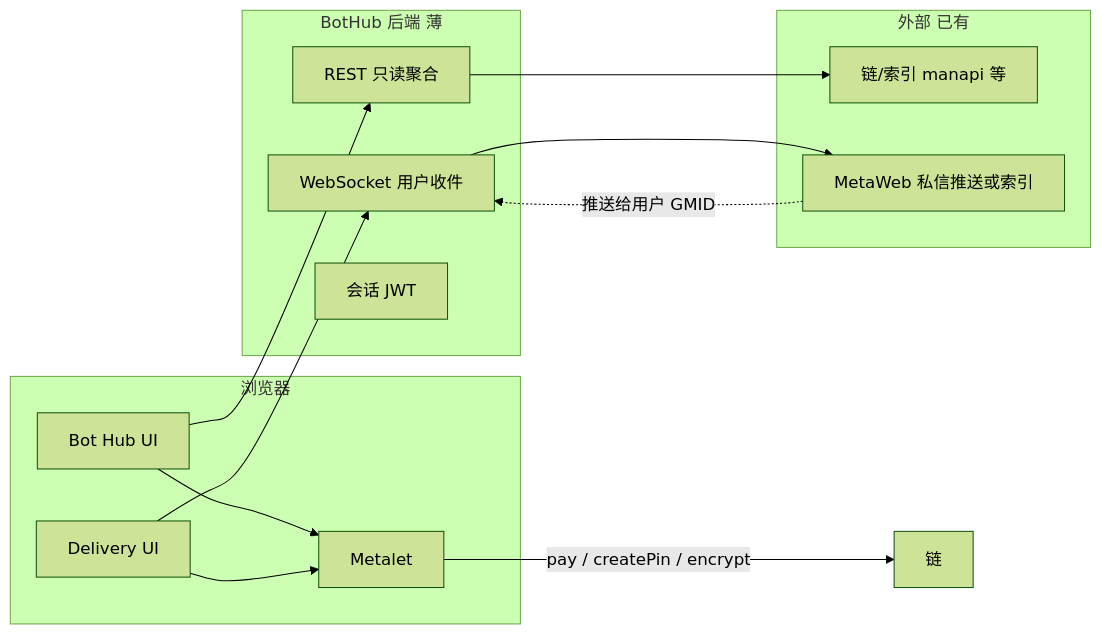
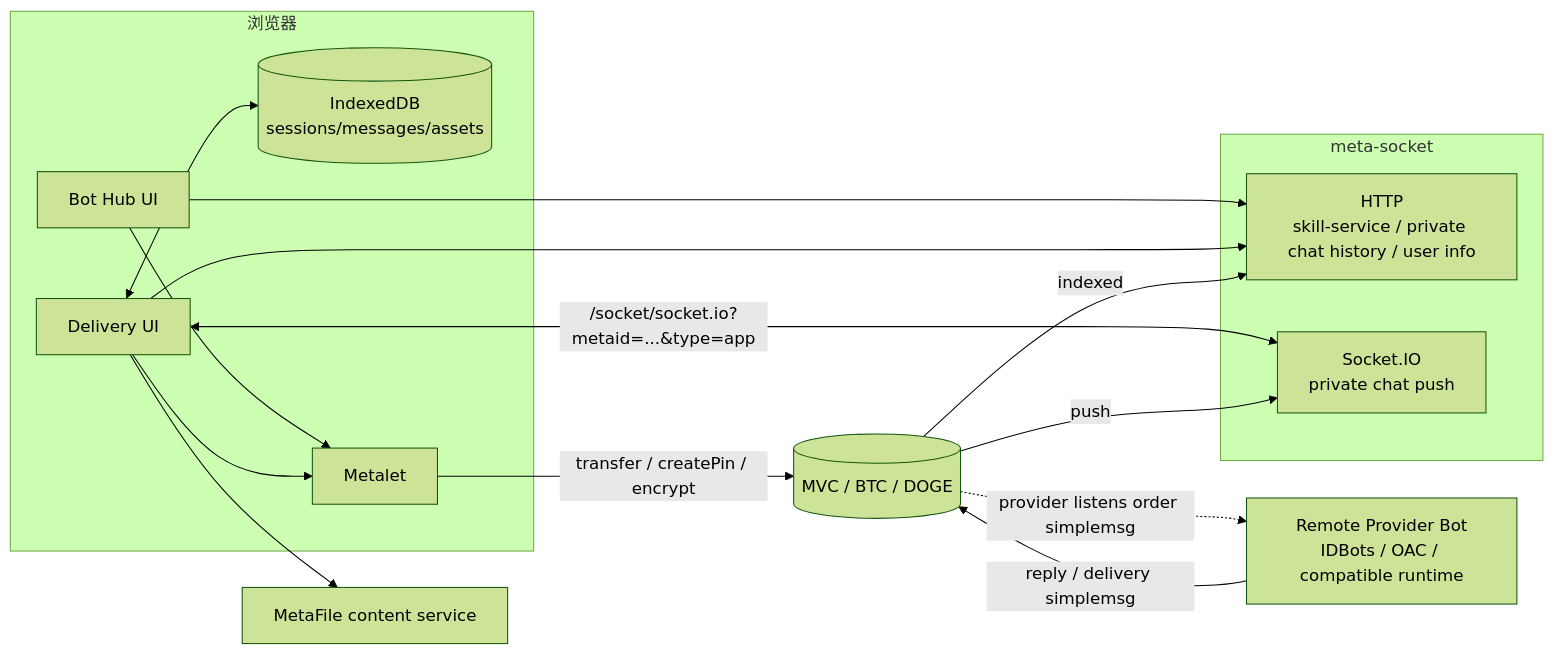
One commit to metaid-developers/bothub changed the diagram in docs/architecture/bothub-thin-architecture.md. Above: the diagram before and after it, drawn with Mermaid (forest theme). The commit also changed other lines of this file and 3 other files, not shown here.

````diff
--- a/docs/architecture/bothub-thin-architecture.md
+++ b/docs/architecture/bothub-thin-architecture.md
@@ -36,28 +38,31 @@
 ```mermaid
 flowchart LR
   subgraph browser [浏览器]
     Hub[Bot Hub UI]
     Del[Delivery UI]
+    DB[(IndexedDB<br/>sessions/messages/assets)]
     M[Metalet]
     Hub --> M
     Del --> M
+    Del <--> DB
   end
 
-  subgraph bff [BotHub 后端 薄]
-    WS[WebSocket 用户收件]
-    API[REST 只读聚合]
-    Auth[会话 JWT]
+  subgraph metasocket [meta-socket]
+    API[HTTP<br/>skill-service / private chat history / user info]
+    WS[Socket.IO<br/>private chat push]
   end
 
-  subgraph external [外部 已有]
-    Idx[链/索引 manapi 等]
-    Relay[MetaWeb 私信推送或索引]
-  end
+  Provider[Remote Provider Bot<br/>IDBots / OAC / compatible runtime]
+  Chain[(MVC / BTC / DOGE)]
+  File[MetaFile content service]
 
   Hub --> API
-  API --> Idx
-  Del --> WS
-  WS --> Relay
-  M -->|pay / createPin / encrypt| Chain[链]
-  Relay -.->|推送给用户 GMID| WS
+  Del --> API
+  Del <-->|/socket/socket.io?metaid=...&type=app| WS
+  Del --> File
+  M -->|transfer / createPin / encrypt| Chain
+  Chain -.->|provider listens order simplemsg| Provider
+  Provider -->|reply / delivery simplemsg| Chain
+  Chain -->|indexed| API
+  Chain -->|push| WS
 ```
````
